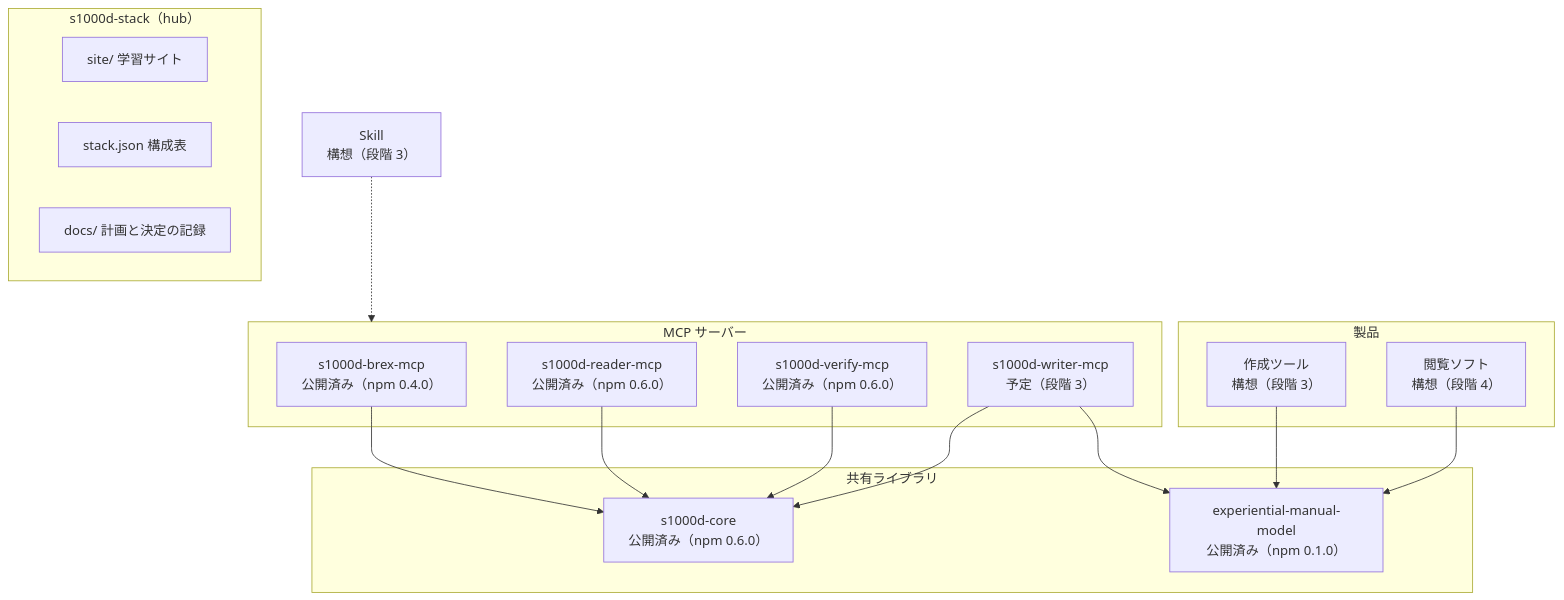
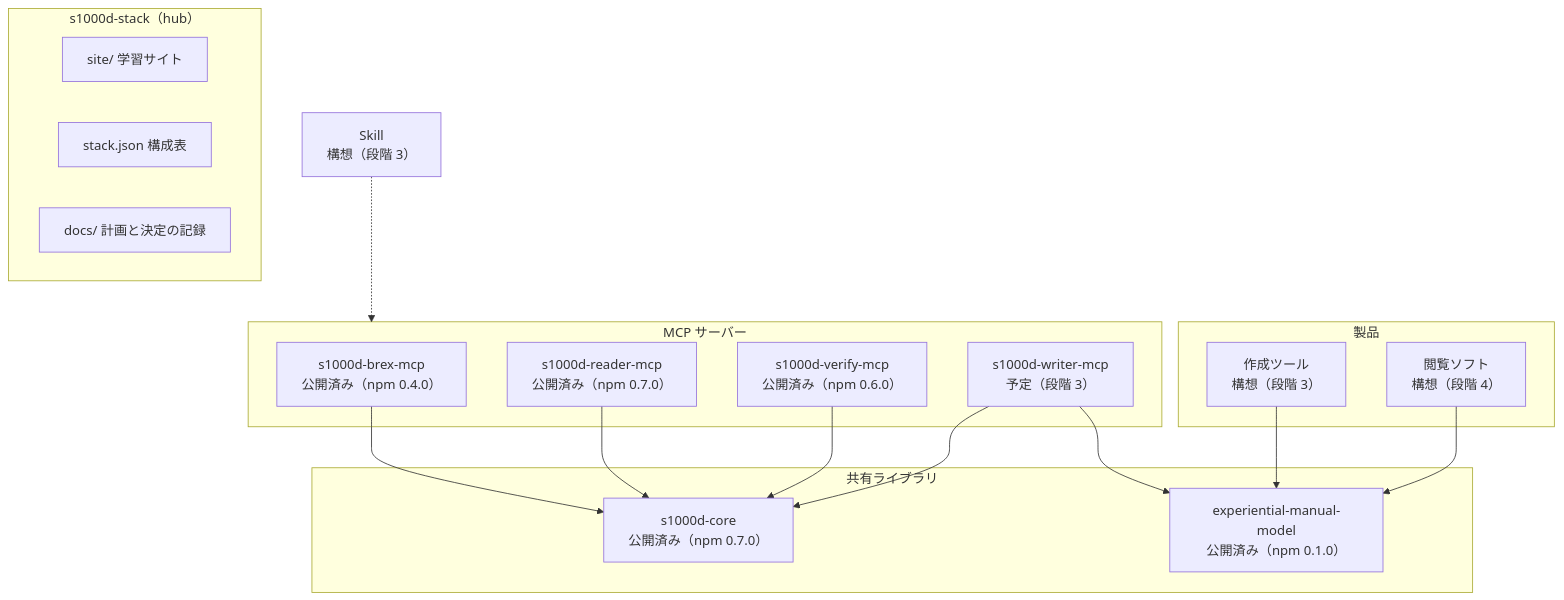
The diagram in site/src/content/docs/ja/guide/architecture.md (shuji-bonji/s1000d-stack), drawn with Mermaid before and after one commit. The commit also changed other lines of this file and 3 other files, not shown here.

First line of the commit message:
docs, site: 段階 2.5 の完了（core 0.7.0、reader-mcp 0.7.0 の公開）を記録し、版の表記を揃える

````diff
--- a/site/src/content/docs/ja/guide/architecture.md
+++ b/site/src/content/docs/ja/guide/architecture.md
@@ -10,31 +10,31 @@
 ```mermaid
 flowchart TB
   subgraph Hub["s1000d-stack（hub）"]
     SITE["site/ 学習サイト"]
     STACK["stack.json 構成表"]
     DOCS["docs/ 計画と決定の記録"]
   end
   subgraph Lib["共有ライブラリ"]
-    CORE["s1000d-core<br/>公開済み（npm 0.6.0）"]
+    CORE["s1000d-core<br/>公開済み（npm 0.7.0）"]
     MODEL["experiential-manual-model<br/>公開済み（npm 0.1.0）"]
   end
   subgraph Mcp["MCP サーバー"]
     BREX["s1000d-brex-mcp<br/>公開済み（npm 0.4.0）"]
-    R["s1000d-reader-mcp<br/>公開済み（npm 0.6.0）"]
+    R["s1000d-reader-mcp<br/>公開済み（npm 0.7.0）"]
     V["s1000d-verify-mcp<br/>公開済み（npm 0.6.0）"]
     W["s1000d-writer-mcp<br/>予定（段階 3）"]
   end
   subgraph App["製品"]
     ED["作成ツール<br/>構想（段階 3）"]
     VW["閲覧ソフト<br/>構想（段階 4）"]
   end
   SK["Skill<br/>構想（段階 3）"]
   BREX --> CORE
   R --> CORE
   V --> CORE
   W --> CORE
   W --> MODEL
   ED --> MODEL
   VW --> MODEL
   SK -.-> Mcp
 ```
````
